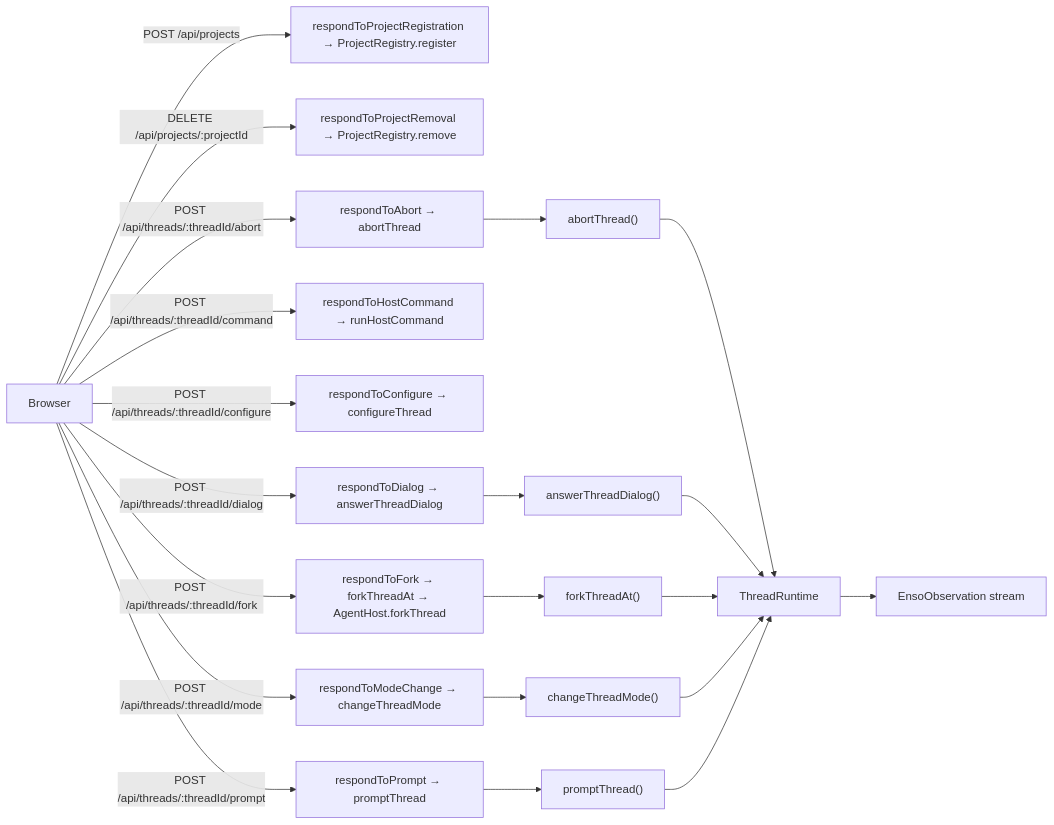
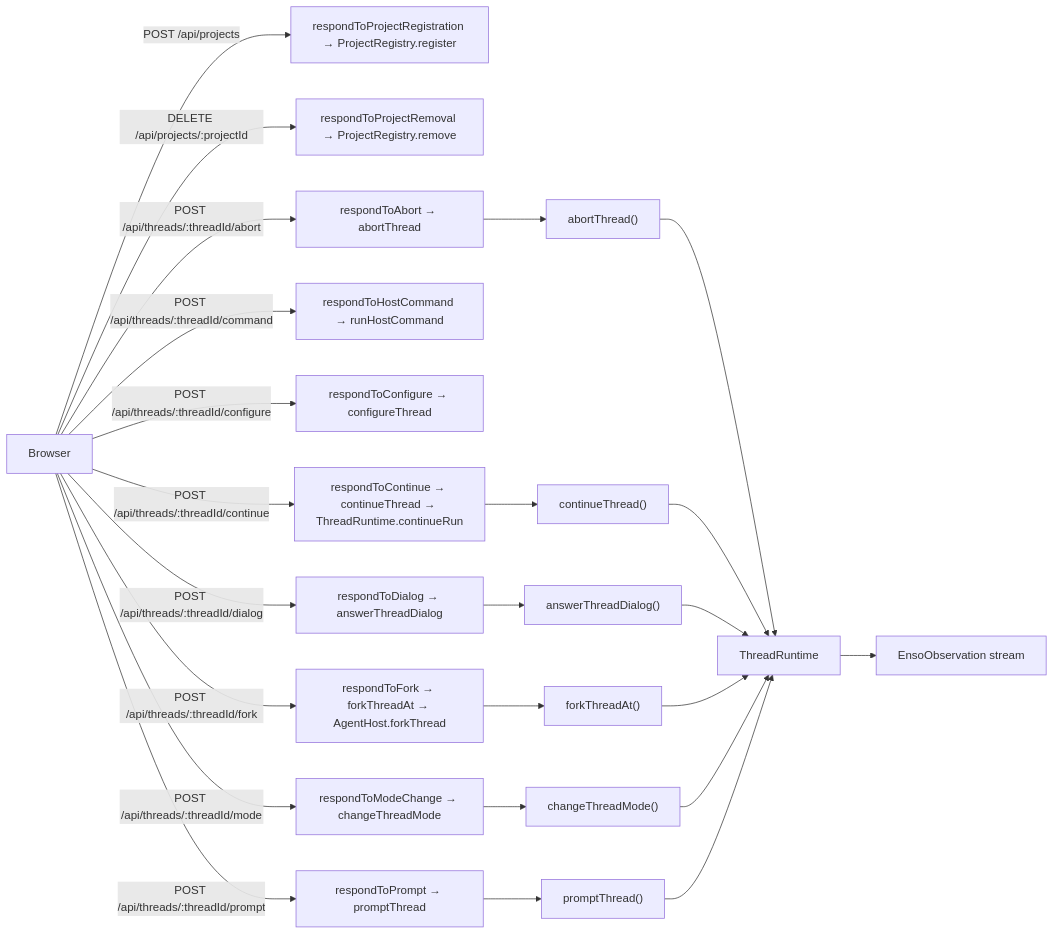
The first of 2 diagrams in docs/reference/flows.md (dopamine911/enso-harness), drawn with Mermaid before and after one commit. The commit also changed other lines of this file and 24 other files, not shown here.

Commit message:
feat: continue a torn thread from its stored state (#436)

````diff
--- a/docs/reference/flows.md
+++ b/docs/reference/flows.md
@@ -10,24 +10,27 @@
 ```mermaid
 flowchart LR
   Browser["Browser"]
   Browser -->|POST /api/projects| R_POST_api_projects["respondToProjectRegistration → ProjectRegistry.register"]
   Browser -->|DELETE /api/projects/:projectId| R_DELETE_api_projects_projectId["respondToProjectRemoval → ProjectRegistry.remove"]
   Browser -->|POST /api/threads/:threadId/abort| R_POST_api_threads_threadId_abort["respondToAbort → abortThread"]
   R_POST_api_threads_threadId_abort --> H_respondToAbort_abortThread["abortThread()"]
   H_respondToAbort_abortThread --> Runtime
   Browser -->|POST /api/threads/:threadId/command| R_POST_api_threads_threadId_command["respondToHostCommand → runHostCommand"]
   Browser -->|POST /api/threads/:threadId/configure| R_POST_api_threads_threadId_configure["respondToConfigure → configureThread"]
+  Browser -->|POST /api/threads/:threadId/continue| R_POST_api_threads_threadId_continue["respondToContinue → continueThread → ThreadRuntime.continueRun"]
+  R_POST_api_threads_threadId_continue --> H_respondToContinue_continueThread_ThreadRuntime_continueRun["continueThread()"]
+  H_respondToContinue_continueThread_ThreadRuntime_continueRun --> Runtime
   Browser -->|POST /api/threads/:threadId/dialog| R_POST_api_threads_threadId_dialog["respondToDialog → answerThreadDialog"]
   R_POST_api_threads_threadId_dialog --> H_respondToDialog_answerThreadDialog["answerThreadDialog()"]
   H_respondToDialog_answerThreadDialog --> Runtime
   Browser -->|POST /api/threads/:threadId/fork| R_POST_api_threads_threadId_fork["respondToFork → forkThreadAt → AgentHost.forkThread"]
   R_POST_api_threads_threadId_fork --> H_respondToFork_forkThreadAt_AgentHost_forkThread["forkThreadAt()"]
   H_respondToFork_forkThreadAt_AgentHost_forkThread --> Runtime
   Browser -->|POST /api/threads/:threadId/mode| R_POST_api_threads_threadId_mode["respondToModeChange → changeThreadMode"]
   R_POST_api_threads_threadId_mode --> H_respondToModeChange_changeThreadMode["changeThreadMode()"]
   H_respondToModeChange_changeThreadMode --> Runtime
   Browser -->|POST /api/threads/:threadId/prompt| R_POST_api_threads_threadId_prompt["respondToPrompt → promptThread"]
   R_POST_api_threads_threadId_prompt --> H_respondToPrompt_promptThread["promptThread()"]
   H_respondToPrompt_promptThread --> Runtime
   Runtime["ThreadRuntime"] --> Observations["EnsoObservation stream"]
 ```
````
